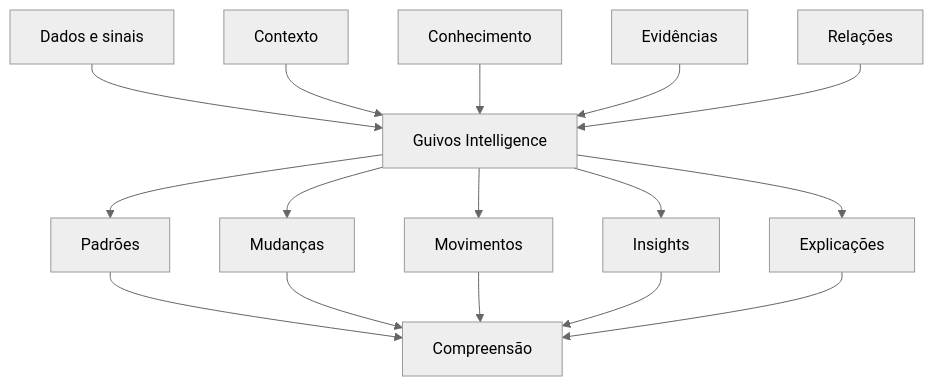
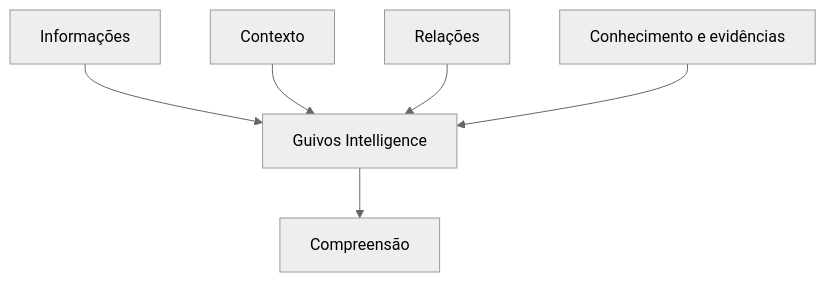
One commit to guivos-repositorio/Guivos-Knowledge-Repository changed the fourth of 8 diagrams in docs/experience-architecture/public-home-intelligence-conceptual-architecture.md. Above: the diagram before and after it, drawn with Mermaid (neutral theme). The commit also changed other lines of this file and 2 other files, not shown here.

````diff
--- a/docs/experience-architecture/public-home-intelligence-conceptual-architecture.md
+++ b/docs/experience-architecture/public-home-intelligence-conceptual-architecture.md
@@ -381,26 +418,14 @@
 ```mermaid
 flowchart TD
-    D[Dados e sinais]
+    D[Informações]
     C[Contexto]
-    K[Conhecimento]
-    E[Evidências]
     R[Relações]
+    K[Conhecimento e evidências]
 
     D --> I[Guivos Intelligence]
     C --> I
+    R --> I
     K --> I
-    E --> I
-    R --> I
 
-    I --> P[Padrões]
-    I --> M[Mudanças]
-    I --> MV[Movimentos]
-    I --> IN[Insights]
-    I --> EX[Explicações]
-
-    P --> CO[Compreensão]
-    M --> CO
-    MV --> CO
-    IN --> CO
-    EX --> CO
+    I --> CO[Compreensão]
 ```
````
